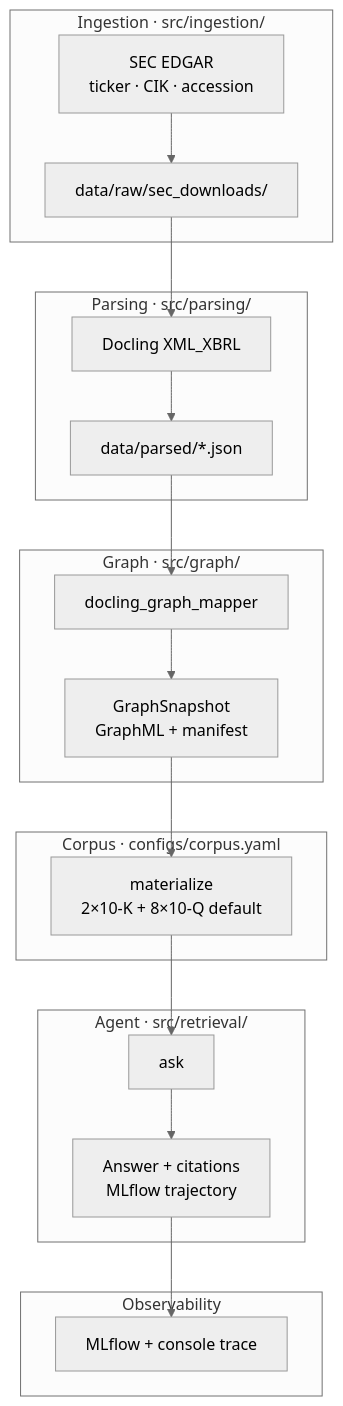
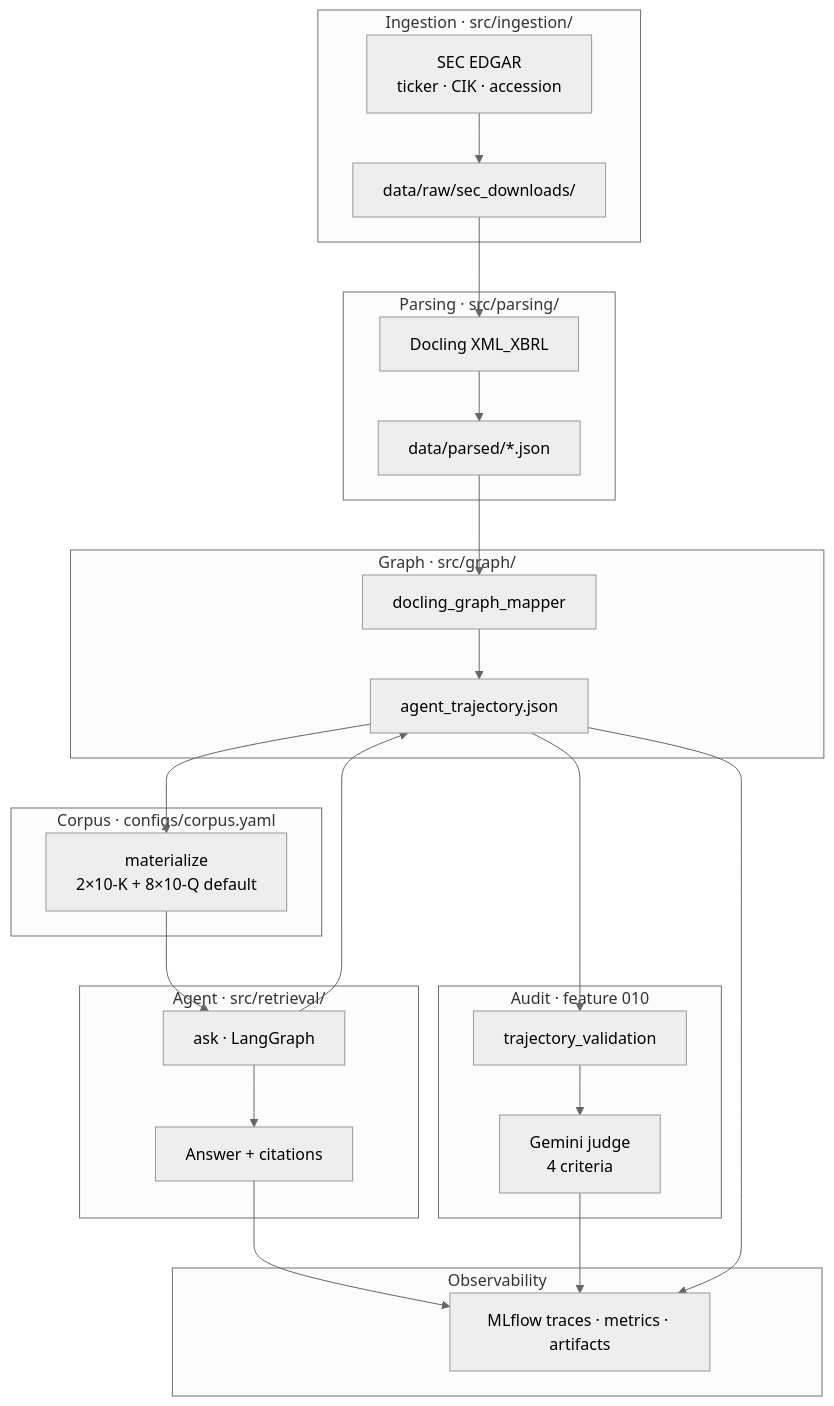
One commit to caldeirav/agentic-graphrag-finance changed the second of 4 diagrams in README.md. Above: the diagram before and after it, drawn with Mermaid (neutral theme). The commit also changed other lines of this file and 65 other files, not shown here.

First line of the commit message:
Document judge audit flow in README and fix CI test failures.

````diff
--- a/README.md
+++ b/README.md
@@ -146,36 +148,45 @@
 ```mermaid
 flowchart TB
     subgraph ingest ["Ingestion · src/ingestion/"]
         EDGAR["SEC EDGAR<br/>ticker · CIK · accession"]
         CACHE["data/raw/sec_downloads/"]
         EDGAR --> CACHE
     end
 
     subgraph parse ["Parsing · src/parsing/"]
         DL["Docling XML_XBRL"]
         PARSED["data/parsed/*.json"]
         CACHE --> DL --> PARSED
     end
 
     subgraph graph ["Graph · src/graph/"]
         MAP["docling_graph_mapper"]
         SNAP["GraphSnapshot<br/>GraphML + manifest"]
         PARSED --> MAP --> SNAP
     end
 
     subgraph corpus ["Corpus · configs/corpus.yaml"]
         MAT["materialize<br/>2×10-K + 8×10-Q default"]
         SNAP --> MAT
     end
 
     subgraph agent ["Agent · src/retrieval/"]
-        ASK["ask"]
+        ASK["ask · LangGraph"]
         MAT --> ASK
-        ASK --> OUT["Answer + citations<br/>MLflow trajectory"]
+        ASK --> OUT["Answer + citations"]
+    end
+
+    subgraph audit ["Audit · feature 010"]
+        SNAP["agent_trajectory.json"]
+        VAL["trajectory_validation"]
+        JUDGE["Gemini judge<br/>4 criteria"]
+        ASK --> SNAP --> VAL --> JUDGE
     end
 
     subgraph observe ["Observability"]
-        MLF["MLflow + console trace"]
+        MLF["MLflow traces · metrics · artifacts"]
         OUT --> MLF
+        JUDGE --> MLF
+        SNAP --> MLF
     end
 ```
````
